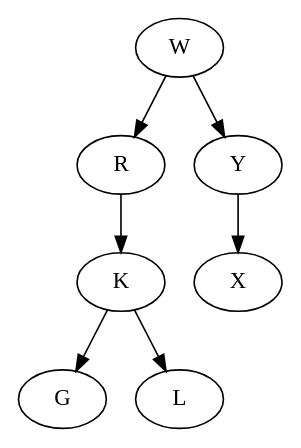
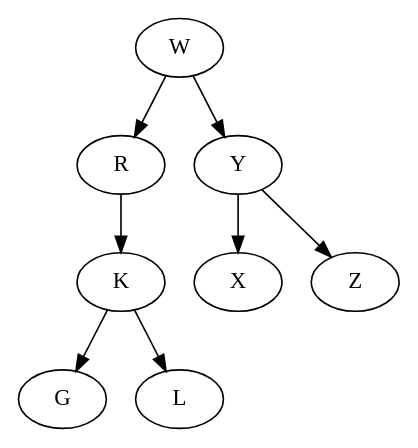
Before and after one commit to MagicalBrain/BinaryTree: the diagram in 二叉树_research/二叉树.dot, drawn with Graphviz. The commit also changed 4 other files, not shown here.

```diff
--- a/二叉树_research/二叉树.dot
+++ b/二叉树_research/二叉树.dot
@@ -1,8 +1,9 @@
 digraph G{
 W->R;
 W->Y;
 R->K;
 K->G;
 K->L;
 Y->X;
+Y->Z;
 }
```
